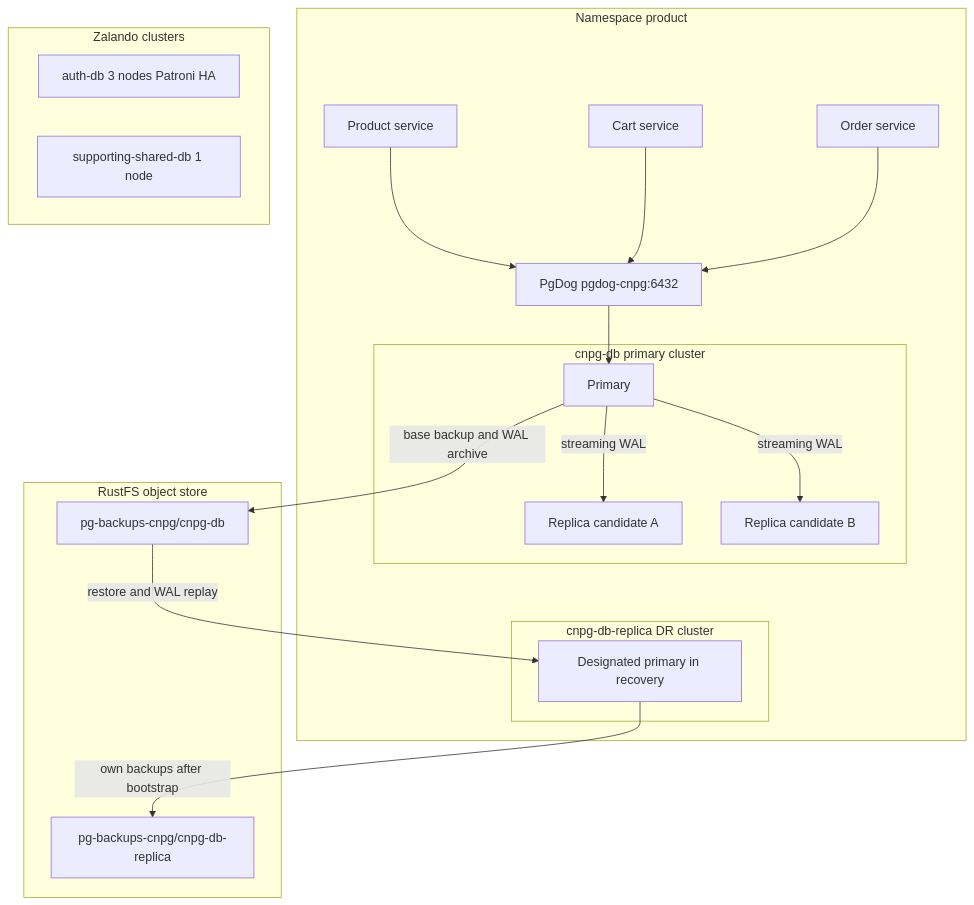
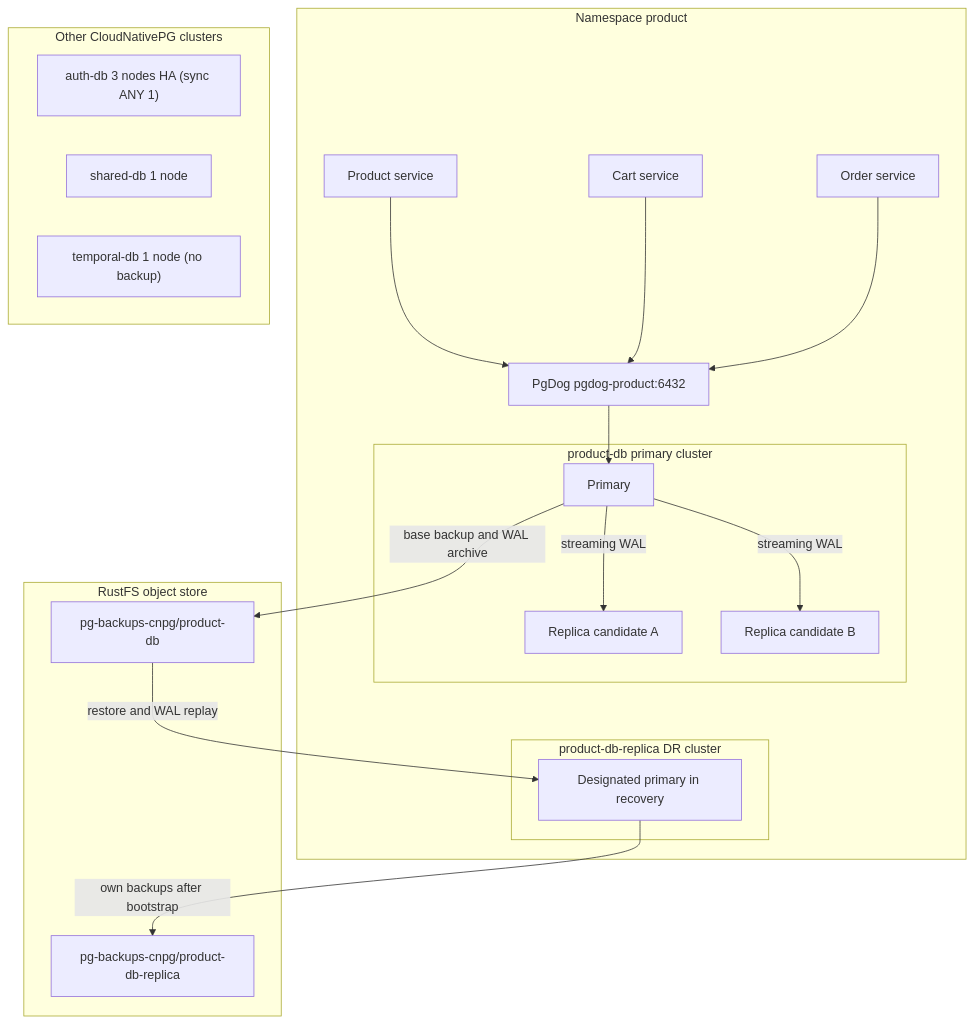
Before and after one commit to duynhlab/homelab: the first of 7 diagrams in docs/databases/010-drp.md, drawn with Mermaid. The commit also changed other lines of this file and 243 other files, not shown here.

````diff
--- a/docs/databases/010-drp.md
+++ b/docs/databases/010-drp.md
@@ -66,39 +66,40 @@
 ```mermaid
 flowchart TB
   subgraph productNs ["Namespace product"]
     productSvc["Product service"]
     cartSvc["Cart service"]
     orderSvc["Order service"]
-    pgdog["PgDog pgdog-cnpg:6432"]
+    pgdog["PgDog pgdog-product:6432"]
 
-    subgraph cnpgPrimary ["cnpg-db primary cluster"]
+    subgraph cnpgPrimary ["product-db primary cluster"]
       cnpgPrimaryPod["Primary"]
       cnpgReplicaA["Replica candidate A"]
       cnpgReplicaB["Replica candidate B"]
       cnpgPrimaryPod -->|"streaming WAL"| cnpgReplicaA
       cnpgPrimaryPod -->|"streaming WAL"| cnpgReplicaB
     end
 
-    subgraph cnpgDr ["cnpg-db-replica DR cluster"]
+    subgraph cnpgDr ["product-db-replica DR cluster"]
       drPod["Designated primary in recovery"]
     end
   end
 
   subgraph objectStore ["RustFS object store"]
-    primaryBucket["pg-backups-cnpg/cnpg-db"]
-    drBucket["pg-backups-cnpg/cnpg-db-replica"]
+    primaryBucket["pg-backups-cnpg/product-db"]
+    drBucket["pg-backups-cnpg/product-db-replica"]
   end
 
-  subgraph zalandoClusters ["Zalando clusters"]
-    authDb["auth-db 3 nodes Patroni HA"]
-    supportingDb["supporting-shared-db 1 node"]
+  subgraph otherClusters ["Other CloudNativePG clusters"]
+    authDb["auth-db 3 nodes HA (sync ANY 1)"]
+    sharedDb["shared-db 1 node"]
+    temporalDb["temporal-db 1 node (no backup)"]
   end
 
   productSvc --> pgdog
   cartSvc --> pgdog
   orderSvc --> pgdog
   pgdog --> cnpgPrimaryPod
   cnpgPrimaryPod -->|"base backup and WAL archive"| primaryBucket
   primaryBucket -->|"restore and WAL replay"| drPod
   drPod -->|"own backups after bootstrap"| drBucket
 ```
````
